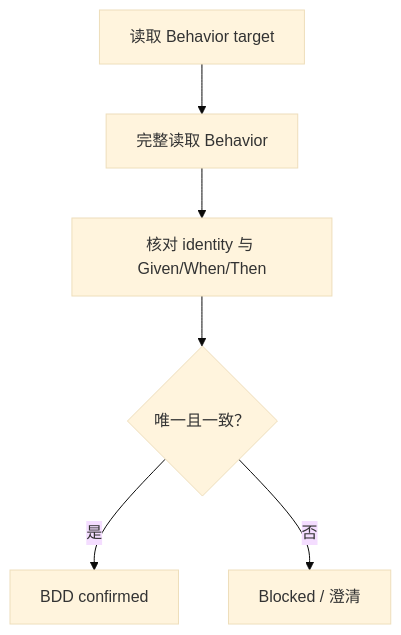
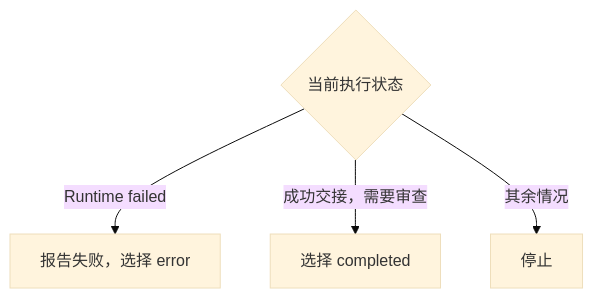
Before and after one commit to daihothot/scout: the third of 5 diagrams in assets/codex/skills/domain-rbt-coordinator/SKILL.md, drawn with Mermaid (base theme). The commit also changed other lines of this file and 9 other files, not shown here.

````diff
--- a/assets/codex/skills/domain-rbt-coordinator/SKILL.md
+++ b/assets/codex/skills/domain-rbt-coordinator/SKILL.md
@@ -131,8 +196,7 @@
 ```mermaid
 flowchart TD
-  A["读取 Behavior target"] --> B["完整读取 Behavior"]
-  B --> C["核对 identity 与 Given/When/Then"]
-  C --> D{"唯一且一致？"}
-  D -- "是" --> E["BDD confirmed"]
-  D -- "否" --> F["Blocked / 澄清"]
+  A{"当前执行状态"}
+  A -- "Runtime failed" --> B["报告失败，选择 error"]
+  A -- "成功交接，需要审查" --> C["选择 completed"]
+  A -- "其余情况" --> D["停止"]
 ```
````
